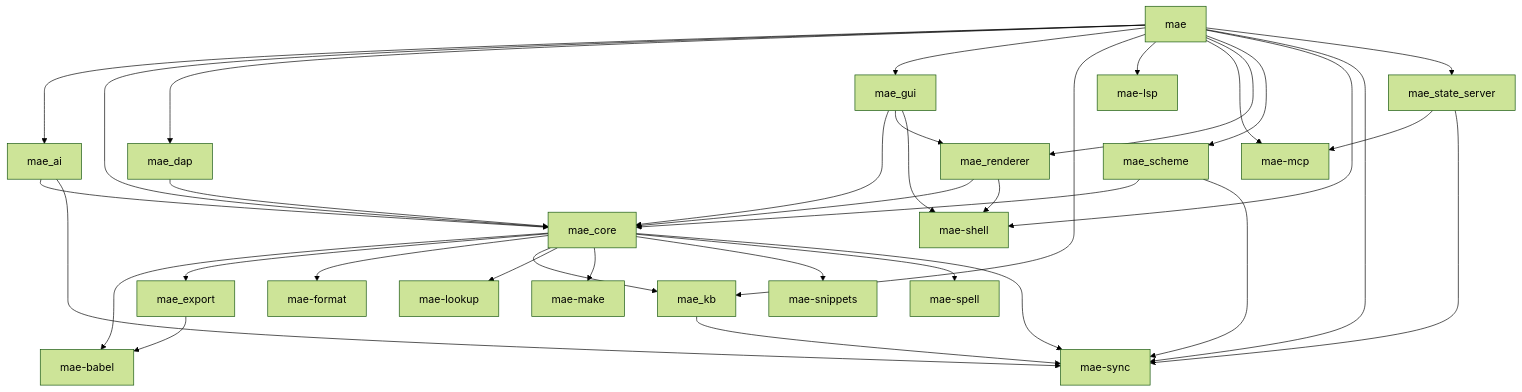
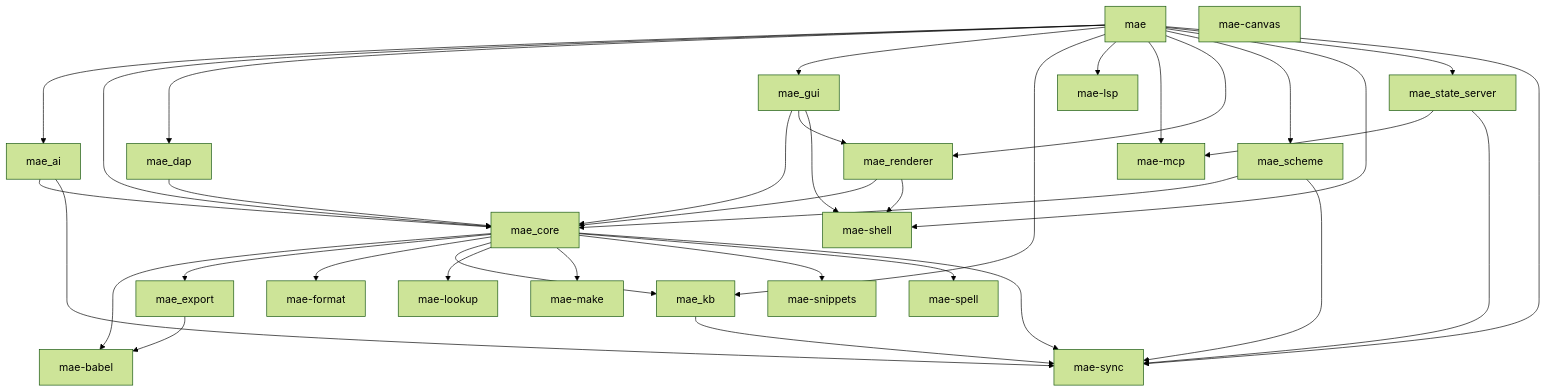
One commit to cuttlefisch/mae changed the diagram in docs/CODE_MAP.md. Above: the diagram before and after it, drawn with Mermaid (forest theme). The commit also changed other lines of this file and 19 other files, not shown here.

````diff
--- a/docs/CODE_MAP.md
+++ b/docs/CODE_MAP.md
@@ -7,48 +7,49 @@
 ```mermaid
 graph TD
     mae --> mae_ai
     mae --> mae_core
     mae --> mae_dap
     mae --> mae_gui
     mae --> mae_kb
     mae --> mae_lsp
     mae --> mae_mcp
     mae --> mae_renderer
     mae --> mae_scheme
     mae --> mae_shell
+    mae --> mae_state_server
     mae --> mae_sync
-    mae --> mae_state_server
     mae_ai --> mae_core
     mae_ai --> mae_sync
     mae_babel[mae-babel]
+    mae_canvas[mae-canvas]
     mae_core --> mae_babel
     mae_core --> mae_export
     mae_core --> mae_format
     mae_core --> mae_kb
     mae_core --> mae_lookup
     mae_core --> mae_make
     mae_core --> mae_snippets
     mae_core --> mae_spell
     mae_core --> mae_sync
     mae_dap --> mae_core
     mae_export --> mae_babel
     mae_format[mae-format]
     mae_gui --> mae_core
     mae_gui --> mae_renderer
     mae_gui --> mae_shell
     mae_kb --> mae_sync
     mae_lookup[mae-lookup]
     mae_lsp[mae-lsp]
     mae_make[mae-make]
     mae_mcp[mae-mcp]
     mae_renderer --> mae_core
     mae_renderer --> mae_shell
     mae_scheme --> mae_core
     mae_scheme --> mae_sync
     mae_shell[mae-shell]
     mae_snippets[mae-snippets]
     mae_spell[mae-spell]
     mae_state_server --> mae_mcp
     mae_state_server --> mae_sync
     mae_sync[mae-sync]
 ```
````
